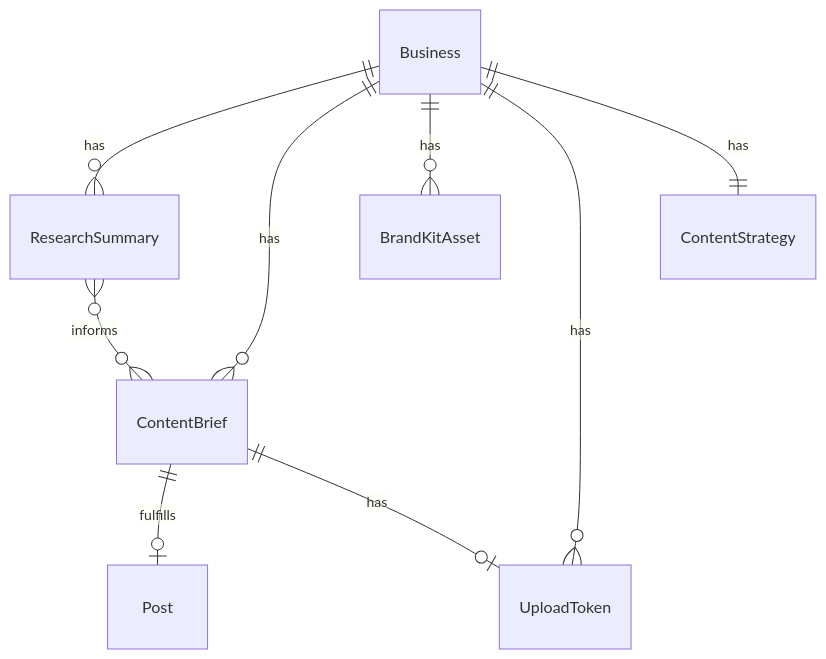
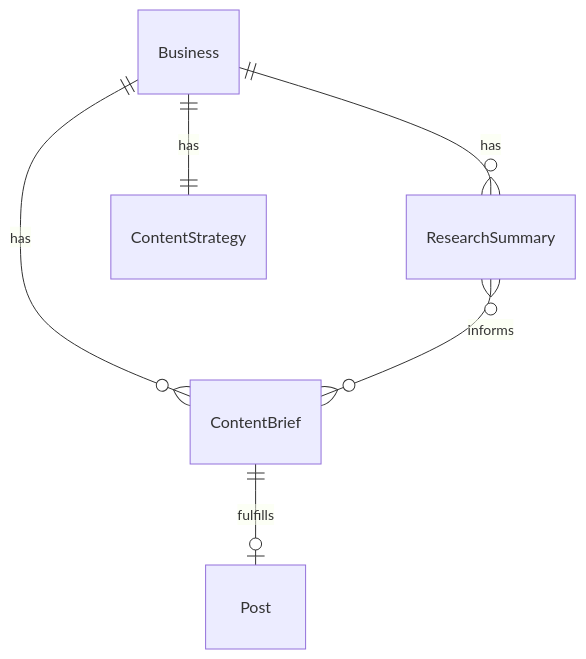
One commit to jsilvia721/ai-social changed the diagram in docs/plans/2026-03-07-feat-autonomous-content-intelligence-plan.md. Above: the diagram before and after it, drawn with Mermaid. The commit also changed other lines of this file, not shown here.

````diff
--- a/docs/plans/2026-03-07-feat-autonomous-content-intelligence-plan.md
+++ b/docs/plans/2026-03-07-feat-autonomous-content-intelligence-plan.md
@@ -208,11 +168,8 @@
 ```mermaid
 erDiagram
     Business ||--o{ ResearchSummary : "has"
     Business ||--o{ ContentBrief : "has"
-    Business ||--o{ BrandKitAsset : "has"
-    Business ||--o{ UploadToken : "has"
     Business ||--|| ContentStrategy : "has"
     ContentBrief ||--o| Post : "fulfills"
-    ContentBrief ||--o| UploadToken : "has"
     ResearchSummary }o--o{ ContentBrief : "informs"
 ```
````
